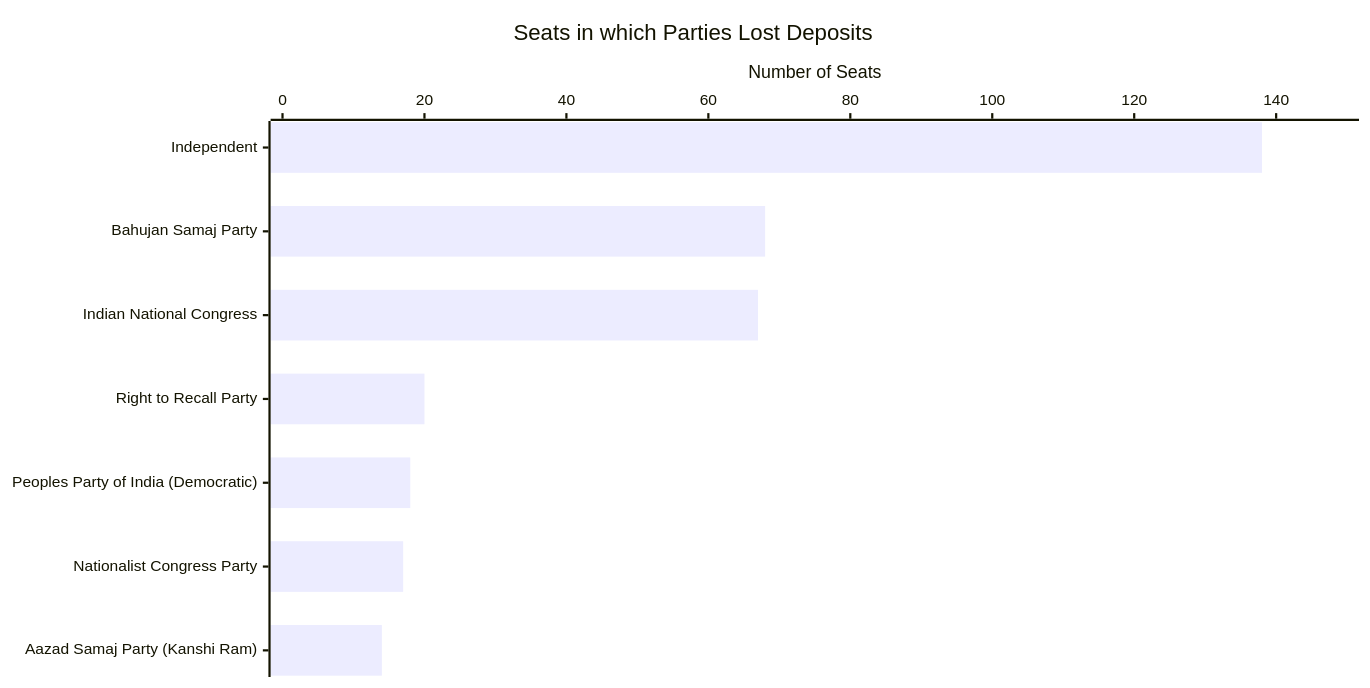
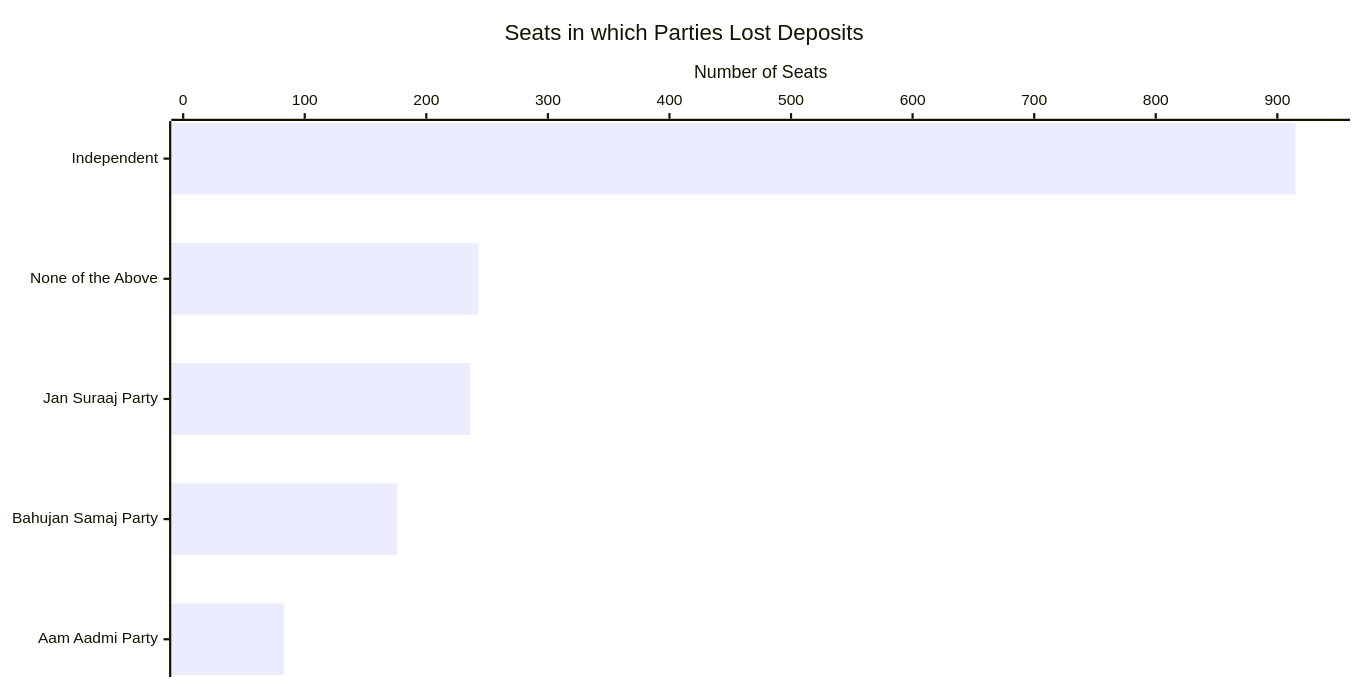
One commit to arjunswaj/elections changed diagram 15 of 23 in BIHAR-GRAPH.md. Above: the diagram before and after it, drawn with Mermaid. The commit also changed other lines of this file and 5 other files, not shown here.

````diff
--- a/BIHAR-GRAPH.md
+++ b/BIHAR-GRAPH.md
@@ -317,17 +312,17 @@
 ```mermaid
 ---
 config:
     xyChart:
         width: 1200
         height: 600
         chartOrientation: horizontal
         dataLabels:
             enabled: true
             placement: end
 ---
 xychart-beta
     title "Seats in which Parties Lost Deposits"
-    x-axis ["Independent", "Bahujan Samaj Party", "Indian National Congress", "Right to Recall Party", "Peoples Party of India (Democratic)", "Nationalist Congress Party", "Aazad Samaj Party (Kanshi Ram)"]
-    y-axis "Number of Seats" 0 --> 150
-    bar [138, 68, 67, 20, 18, 17, 14]
+    x-axis ["Independent", "None of the Above", "Jan Suraaj Party", "Bahujan Samaj Party", "Aam Aadmi Party"]
+    y-axis "Number of Seats" 0 --> 950
+    bar [915, 243, 236, 176, 83]
 ```
````
